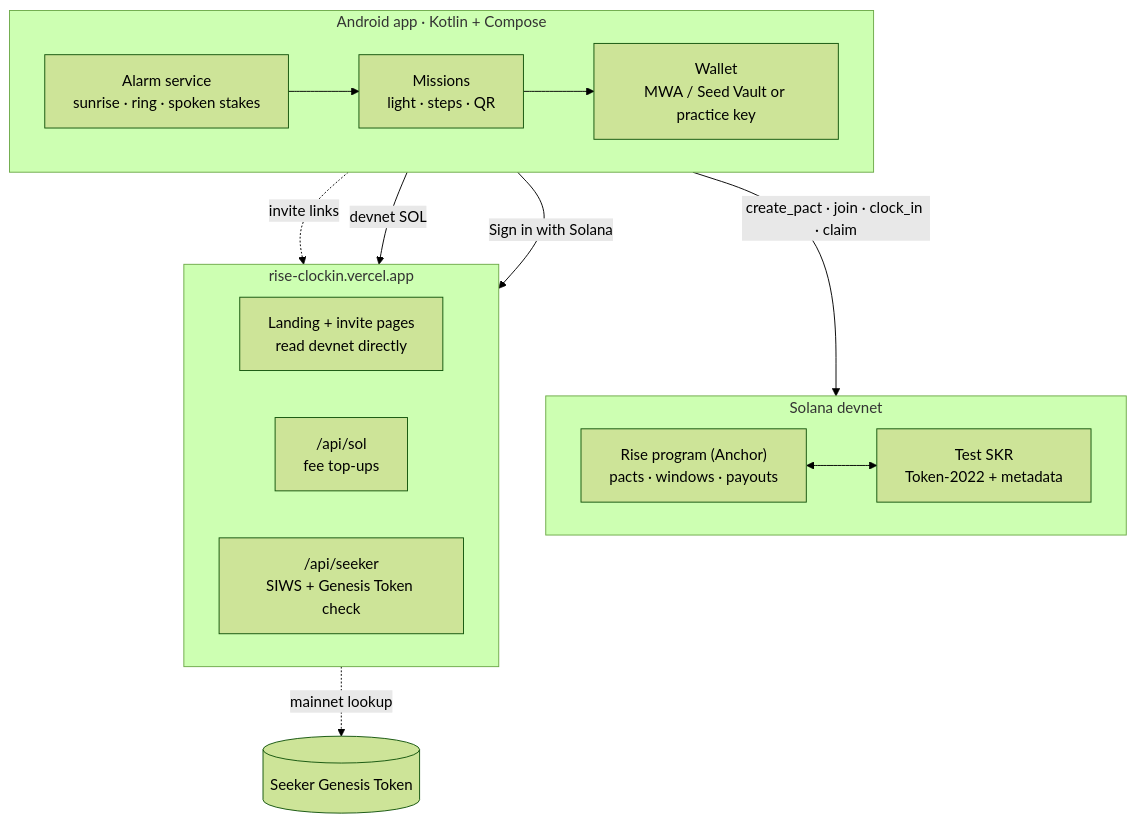
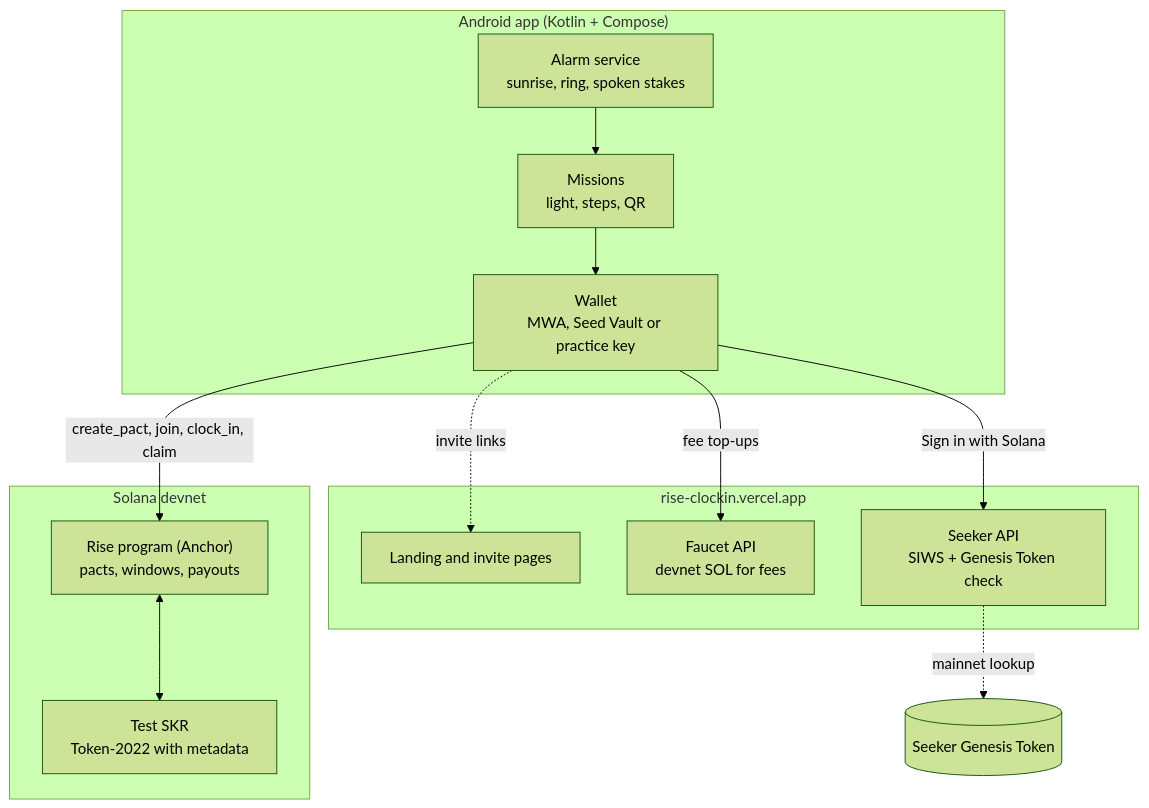
One commit to RohanGlitched/rise-clockin changed the second of 2 diagrams in README.md. Above: the diagram before and after it, drawn with Mermaid (forest theme).

Commit message:
README: simplify architecture diagram

````diff
--- a/README.md
+++ b/README.md
@@ -109,22 +109,24 @@
 ```mermaid
 flowchart TB
-    subgraph Phone["Android app · Kotlin + Compose"]
-        direction LR
-        AL["Alarm service<br/>sunrise · ring · spoken stakes"] --> MS["Missions<br/>light · steps · QR"] --> WA["Wallet<br/>MWA / Seed Vault or practice key"]
+    subgraph Phone["Android app (Kotlin + Compose)"]
+        AL["Alarm service<br/>sunrise, ring, spoken stakes"]
+        MS["Missions<br/>light, steps, QR"]
+        WA["Wallet<br/>MWA, Seed Vault or practice key"]
     end
     subgraph Chain["Solana devnet"]
-        direction LR
-        PR["Rise program (Anchor)<br/>pacts · windows · payouts"] <--> SKR["Test SKR<br/>Token-2022 + metadata"]
+        PR["Rise program (Anchor)<br/>pacts, windows, payouts"]
+        SKR["Test SKR<br/>Token-2022 with metadata"]
     end
     subgraph Web["rise-clockin.vercel.app"]
-        direction LR
-        SITE["Landing + invite pages<br/>read devnet directly"]
-        SOL["/api/sol<br/>fee top-ups"]
-        SGT["/api/seeker<br/>SIWS + Genesis Token check"]
+        SITE["Landing and invite pages"]
+        SOL["Faucet API<br/>devnet SOL for fees"]
+        SGT["Seeker API<br/>SIWS + Genesis Token check"]
     end
-    WA -- "create_pact · join · clock_in · claim" --> PR
-    Phone -. "invite links" .-> SITE
-    Phone -- "devnet SOL" --> SOL
-    Phone -- "Sign in with Solana" --> SGT
-    SGT -. "mainnet lookup" .-> MAIN[("Seeker Genesis Token")]
+    AL --> MS --> WA
+    WA -->|create_pact, join, clock_in, claim| PR
+    PR <--> SKR
+    WA -.->|invite links| SITE
+    WA -->|fee top-ups| SOL
+    WA -->|Sign in with Solana| SGT
+    SGT -.->|mainnet lookup| MAIN[("Seeker Genesis Token")]
 ```
````
